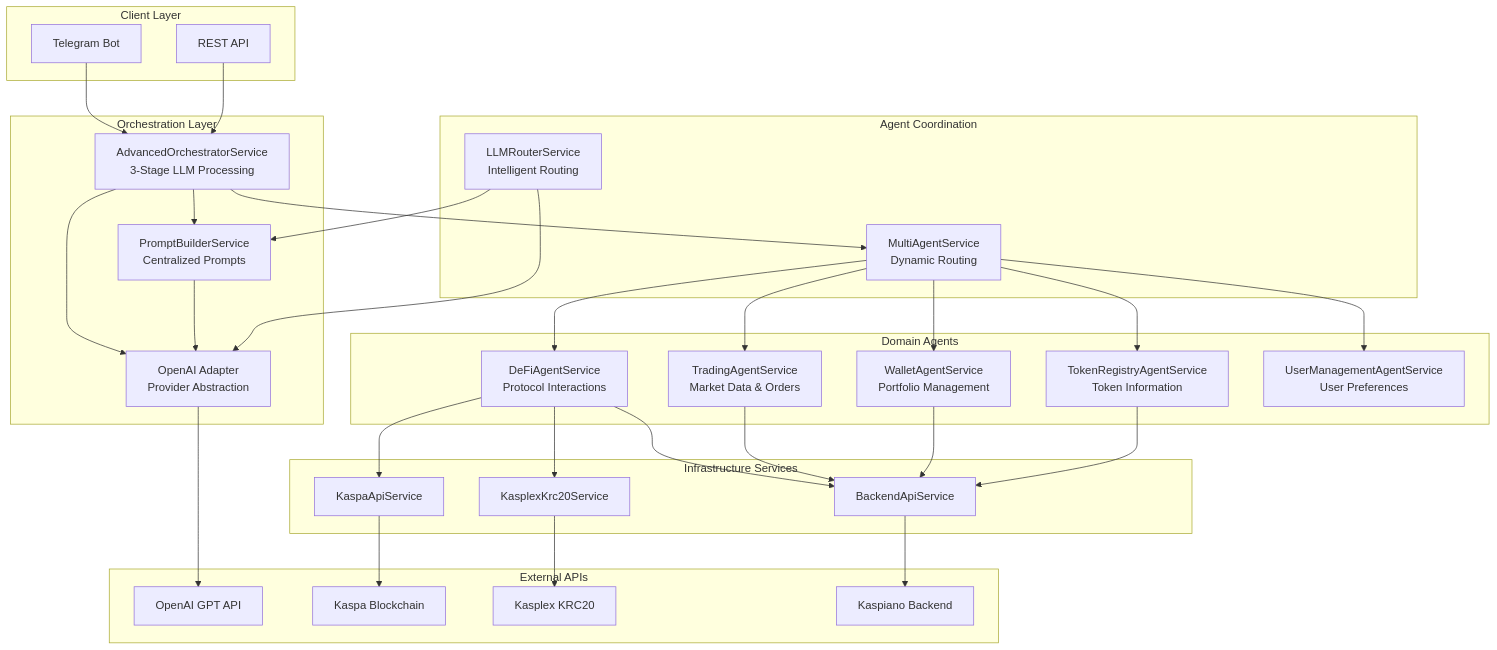
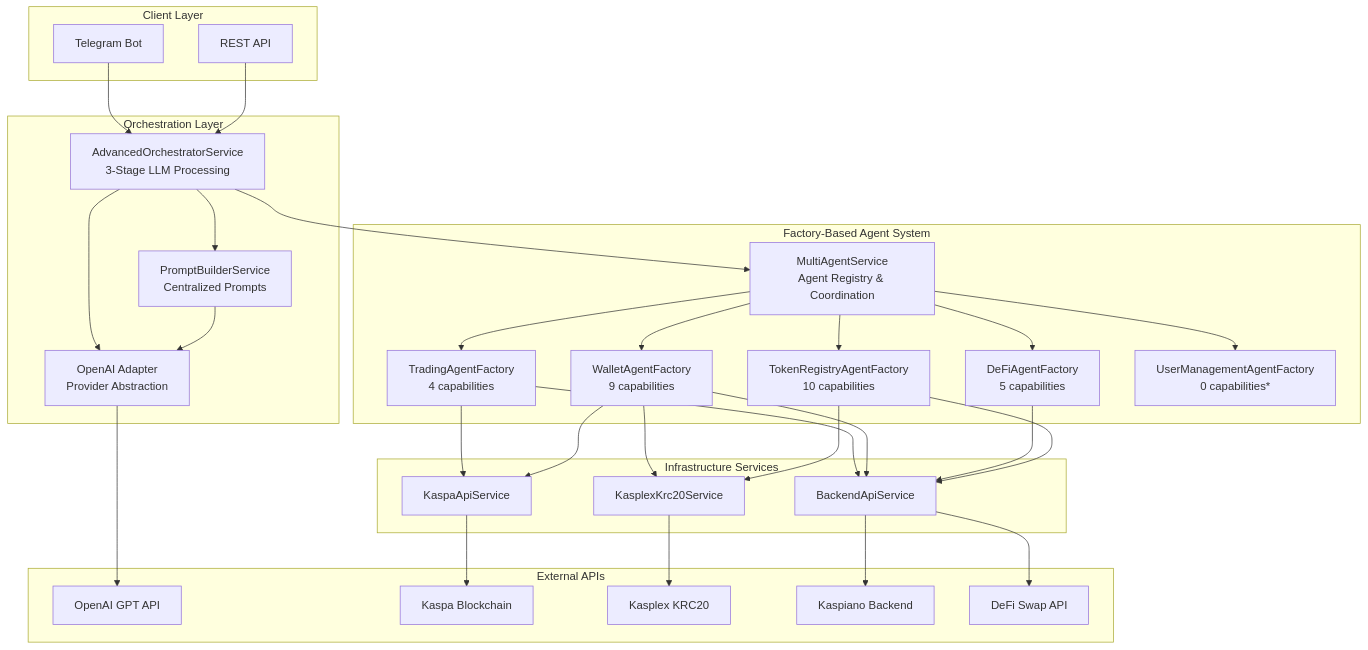
One commit to KASPACOM/ai-agent changed the first of 2 diagrams in README.md. Above: the diagram before and after it, drawn with Mermaid. The commit also changed other lines of this file and 25 other files, not shown here.

Commit message:
switched to builder/factory structure for agents strated adress auth issue for calls

````diff
--- a/README.md
+++ b/README.md
@@ -17,70 +19,66 @@
 ```mermaid
 graph TB
     subgraph "Client Layer"
         TG[Telegram Bot]
         API[REST API]
     end
     
     subgraph "Orchestration Layer"
         ORCH[AdvancedOrchestratorService<br/>3-Stage LLM Processing]
         PROMPT[PromptBuilderService<br/>Centralized Prompts]
         LLM[OpenAI Adapter<br/>Provider Abstraction]
     end
     
-    subgraph "Agent Coordination"
-        MULTI[MultiAgentService<br/>Dynamic Routing]
-        ROUTER[LLMRouterService<br/>Intelligent Routing]
-    end
-    
-    subgraph "Domain Agents"
-        DEFI[DeFiAgentService<br/>Protocol Interactions]
-        TRADE[TradingAgentService<br/>Market Data & Orders]
-        WALLET[WalletAgentService<br/>Portfolio Management]
-        TOKEN[TokenRegistryAgentService<br/>Token Information]
-        USER[UserManagementAgentService<br/>User Preferences]
+    subgraph "Factory-Based Agent System"
+        MULTI[MultiAgentService<br/>Agent Registry & Coordination]
+        FACTORY_T[TradingAgentFactory<br/>4 capabilities]
+        FACTORY_W[WalletAgentFactory<br/>9 capabilities]
+        FACTORY_D[DeFiAgentFactory<br/>5 capabilities]
+        FACTORY_TR[TokenRegistryAgentFactory<br/>10 capabilities]
+        FACTORY_U[UserManagementAgentFactory<br/>0 capabilities*]
     end
     
     subgraph "Infrastructure Services"
         KASPA[KaspaApiService]
         KASPLEX[KasplexKrc20Service]
         BACKEND[BackendApiService]
     end
     
     subgraph "External APIs"
         OPENAI[OpenAI GPT API]
         KASPA_API[Kaspa Blockchain]
         KASPLEX_API[Kasplex KRC20]
         BACKEND_API[Kaspiano Backend]
+        DEFI_API[DeFi Swap API]
     end
     
     TG --> ORCH
     API --> ORCH
     
     ORCH --> PROMPT
     ORCH --> LLM
     ORCH --> MULTI
     
     PROMPT --> LLM
     LLM --> OPENAI
     
-    ROUTER --> PROMPT
-    ROUTER --> LLM
+    MULTI --> FACTORY_T
+    MULTI --> FACTORY_W
+    MULTI --> FACTORY_D
+    MULTI --> FACTORY_TR
+    MULTI --> FACTORY_U
     
-    MULTI --> DEFI
-    MULTI --> TRADE
-    MULTI --> WALLET
-    MULTI --> TOKEN
-    MULTI --> USER
+    FACTORY_T --> BACKEND
+    FACTORY_T --> KASPA
+    FACTORY_W --> BACKEND
+    FACTORY_W --> KASPA
+    FACTORY_W --> KASPLEX
+    FACTORY_D --> BACKEND
+    FACTORY_TR --> BACKEND
+    FACTORY_TR --> KASPLEX
     
-    DEFI --> KASPA
-    DEFI --> KASPLEX
-    DEFI --> BACKEND
-    
-    TRADE --> BACKEND
-    WALLET --> BACKEND
-    TOKEN --> BACKEND
-    
+    BACKEND --> BACKEND_API
     KASPA --> KASPA_API
     KASPLEX --> KASPLEX_API
-    BACKEND --> BACKEND_API
+    BACKEND --> DEFI_API
 ```
````
